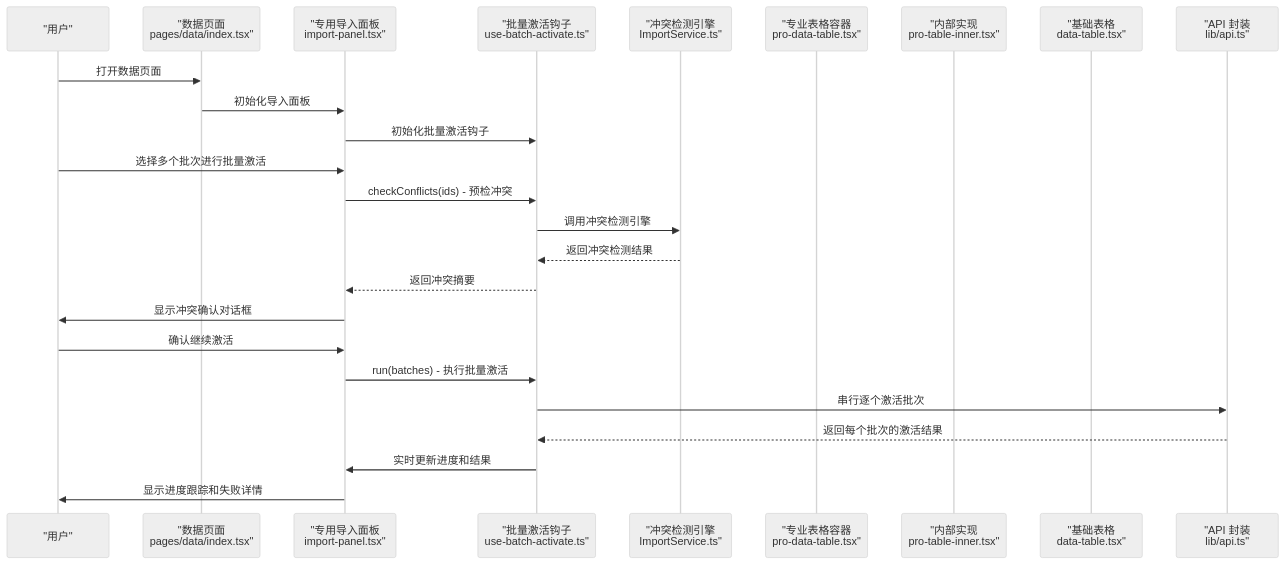
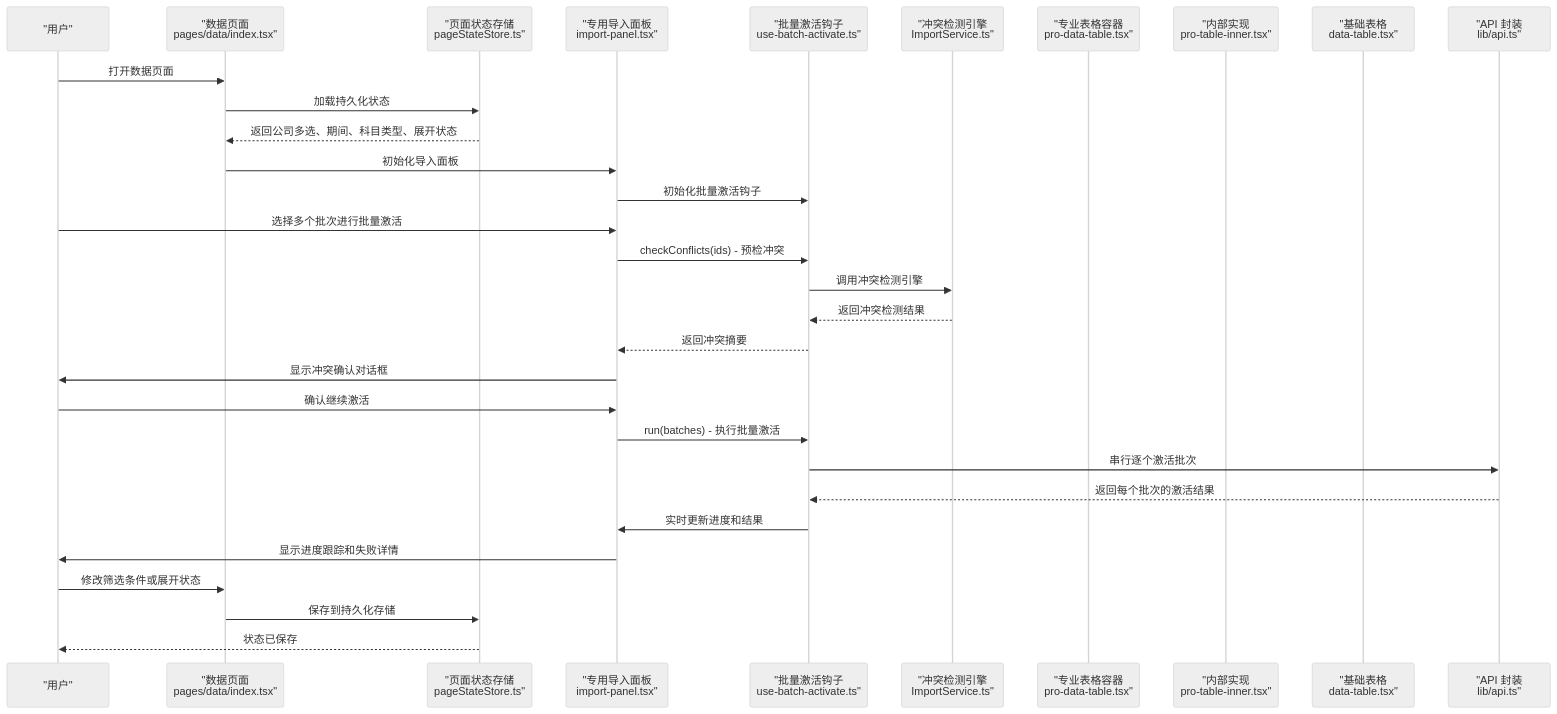
One commit to Damao997/newproject changed the second of 5 diagrams in .qoder/repowiki/zh/content/页面组件/数据管理页面/数据管理页面.md. Above: the diagram before and after it, drawn with Mermaid (neutral theme). The commit also changed other lines of this file and 22 other files, not shown here.

````diff
--- a/.qoder/repowiki/zh/content/页面组件/数据管理页面/数据管理页面.md
+++ b/.qoder/repowiki/zh/content/页面组件/数据管理页面/数据管理页面.md
@@ -160,27 +181,33 @@
 ```mermaid
 sequenceDiagram
 participant U as "用户"
 participant P as "数据页面<br/>pages/data/index.tsx"
+participant PS as "页面状态存储<br/>pageStateStore.ts"
 participant IP as "专用导入面板<br/>import-panel.tsx"
 participant BA as "批量激活钩子<br/>use-batch-activate.ts"
 participant CE as "冲突检测引擎<br/>ImportService.ts"
 participant PT as "专业表格容器<br/>pro-data-table.tsx"
 participant PI as "内部实现<br/>pro-table-inner.tsx"
 participant DT as "基础表格<br/>data-table.tsx"
 participant API as "API 封装<br/>lib/api.ts"
 U->>P : 打开数据页面
+P->>PS : 加载持久化状态
+PS-->>P : 返回公司多选、期间、科目类型、展开状态
 P->>IP : 初始化导入面板
 IP->>BA : 初始化批量激活钩子
 U->>IP : 选择多个批次进行批量激活
 IP->>BA : checkConflicts(ids) - 预检冲突
 BA->>CE : 调用冲突检测引擎
 CE-->>BA : 返回冲突检测结果
 BA-->>IP : 返回冲突摘要
 IP->>U : 显示冲突确认对话框
 U->>IP : 确认继续激活
 IP->>BA : run(batches) - 执行批量激活
 BA->>API : 串行逐个激活批次
 API-->>BA : 返回每个批次的激活结果
 BA->>IP : 实时更新进度和结果
 IP->>U : 显示进度跟踪和失败详情
+U->>P : 修改筛选条件或展开状态
+P->>PS : 保存到持久化存储
+PS-->>U : 状态已保存
 ```
````
